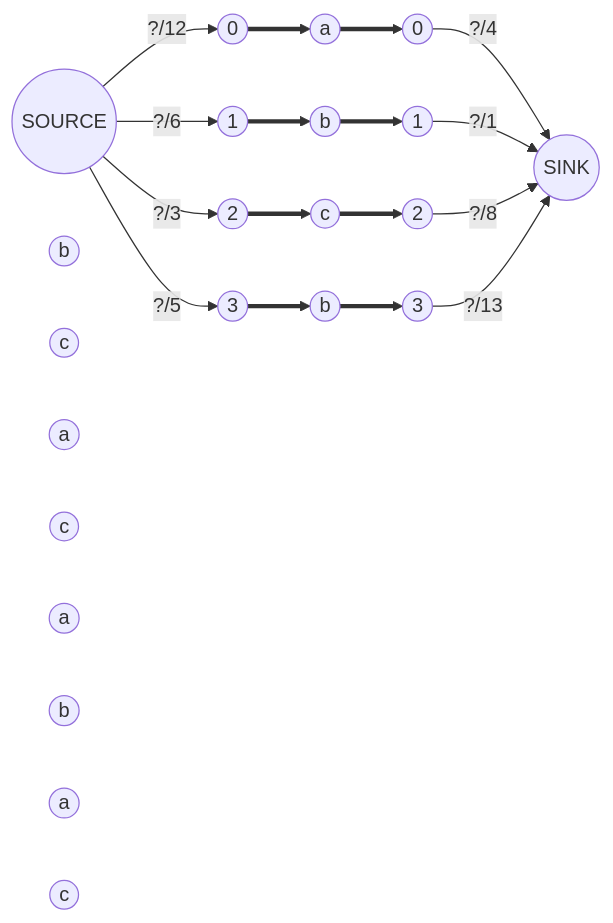
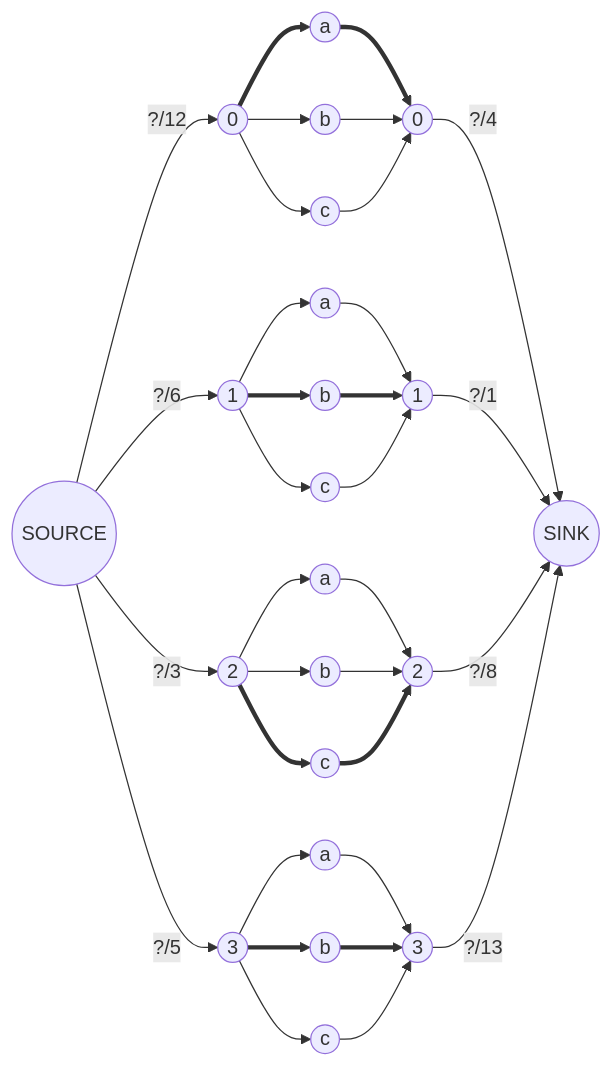
Before and after one commit to bfeitknecht/vault: the second of 2 diagrams in vault/sem2/AuW/UE/cx/bf/cx09-bf.md, drawn with Mermaid.

Commit message:
vault backup: 2024-05-18 21:23:37 from MacBook Pro (echo)
Affected files:
vault/sem2/AuW/UE/cx/bf/cx09-bf.md

````diff
--- a/vault/sem2/AuW/UE/cx/bf/cx09-bf.md
+++ b/vault/sem2/AuW/UE/cx/bf/cx09-bf.md
@@ -22,62 +22,68 @@
 ```mermaid
 flowchart LR
 
 idF(("SOURCE"))
 idT(("SINK"))
 
 idf0((0))
 idf1((1))
 idf2((2))
 idf3((3))
 
 id0a((a))
 id0b((b))
 id0c((c))
 
 id1a((a))
 id1b((b))
 id1c((c))
 
 id2a((a))
 id2b((b))
 id2c((c))
 
 id3a((a))
 id3b((b))
 id3c((c))
 
 idt0((0))
 idt1((1))
 idt2((2))
 idt3((3))
 
 %%%%%%%%%%%%%%%%%%%%%%%%%%%%%%%%%%%%%%%%%%%%
 
 idF -->|"?/12"| idf0 
 idF -->|"?/6"| idf1
 idF -->|"?/3"| idf2
 idF -->|"?/5"| idf3
 
 idt0 -->|"?/4"| idT 
 idt1 -->|"?/1"| idT
 idt2 -->|"?/8"| idT
 idt3 -->|"?/13"| idT
 
 
-%%idf0 --> id0a & id0b & id0c --> idt0
-%%idf1 --> id1a & id1b & id1c --> idt1
-%%idf2 --> id2a & id2b & id2c --> idt2
-%%idf3 --> id3a & id3b & id3c --> idt3
+idf0 ==> id0a ==> idt0
+idf0 --> id0b --> idt0
+idf0 --> id0c --> idt0
 
+idf1 --> id1a --> idt1
+idf1 ==> id1b ==> idt1
+idf1 --> id1c --> idt1
 
-idf0 ==> id0a ==> idt0
-idf1 ==> id1b ==> idt1
+idf2 --> id2a --> idt2
+idf2 --> id2b --> idt2
 idf2 ==> id2c ==> idt2
+
+idf3 --> id3a --> idt3
 idf3 ==> id3b ==> idt3
+idf3 --> id3c --> idt3
+
 
 
 %%idf0 --> id1a
 %%idf1 --> id2b
 %%idf2 --> id1c
 %%idf3 --> id3a
 ```
````
